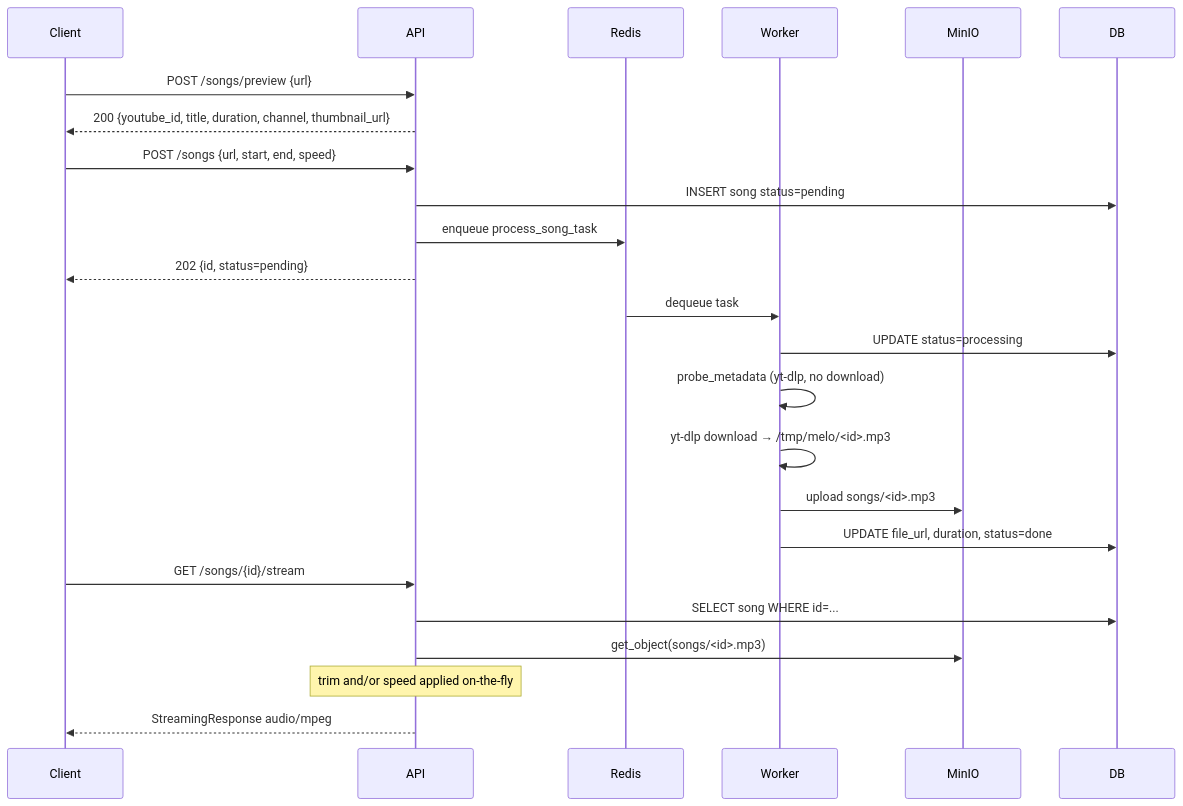
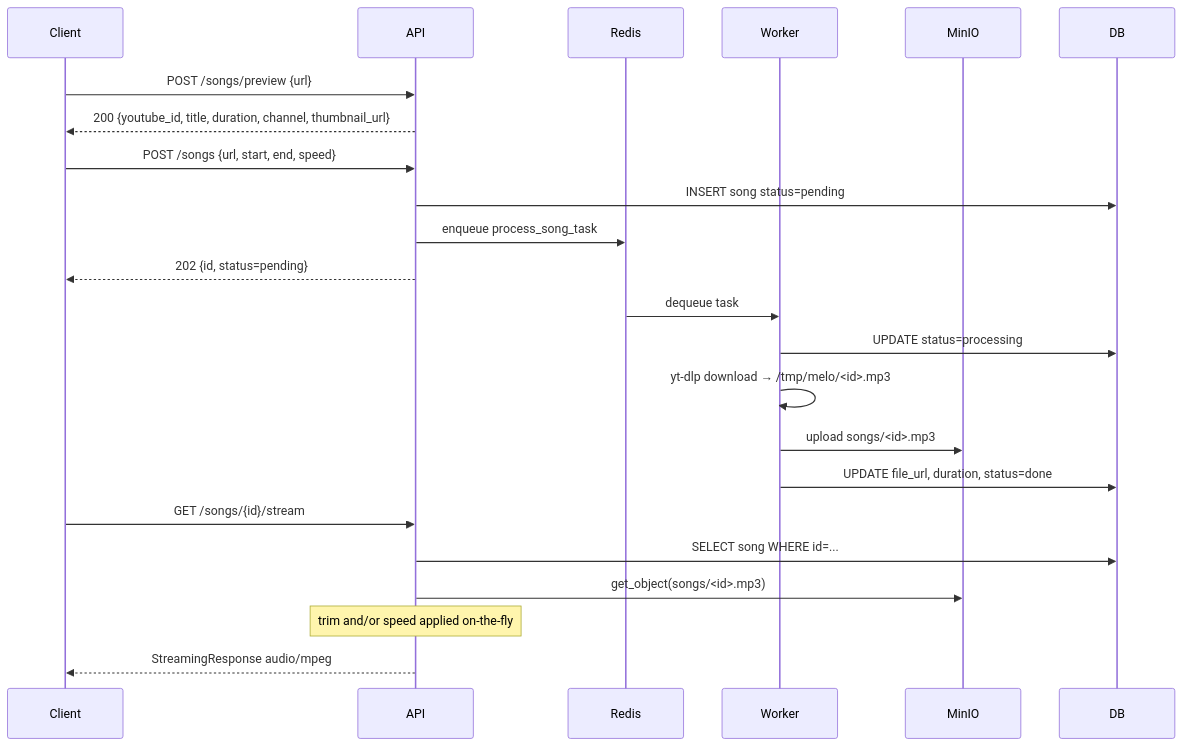
Before and after one commit to KarthikUdyawar/melo: the second of 4 diagrams in README.md, drawn with Mermaid. The commit also changed other lines of this file and 22 other files, not shown here.

````diff
--- a/README.md
+++ b/README.md
@@ -54,30 +60,29 @@
 ```mermaid
 sequenceDiagram
     participant C as Client
     participant A as API
     participant R as Redis
     participant W as Worker
     participant M as MinIO
     participant D as DB
 
     C->>A: POST /songs/preview {url}
     A-->>C: 200 {youtube_id, title, duration, channel, thumbnail_url}
 
     C->>A: POST /songs {url, start, end, speed}
     A->>D: INSERT song status=pending
     A->>R: enqueue process_song_task
     A-->>C: 202 {id, status=pending}
 
     R->>W: dequeue task
     W->>D: UPDATE status=processing
-    W->>W: probe_metadata (yt-dlp, no download)
     W->>W: yt-dlp download → /tmp/melo/<id>.mp3
     W->>M: upload songs/<id>.mp3
     W->>D: UPDATE file_url, duration, status=done
 
     C->>A: GET /songs/{id}/stream
     A->>D: SELECT song WHERE id=...
     A->>M: get_object(songs/<id>.mp3)
     note over A: trim and/or speed applied on-the-fly
     A-->>C: StreamingResponse audio/mpeg
 ```
````
